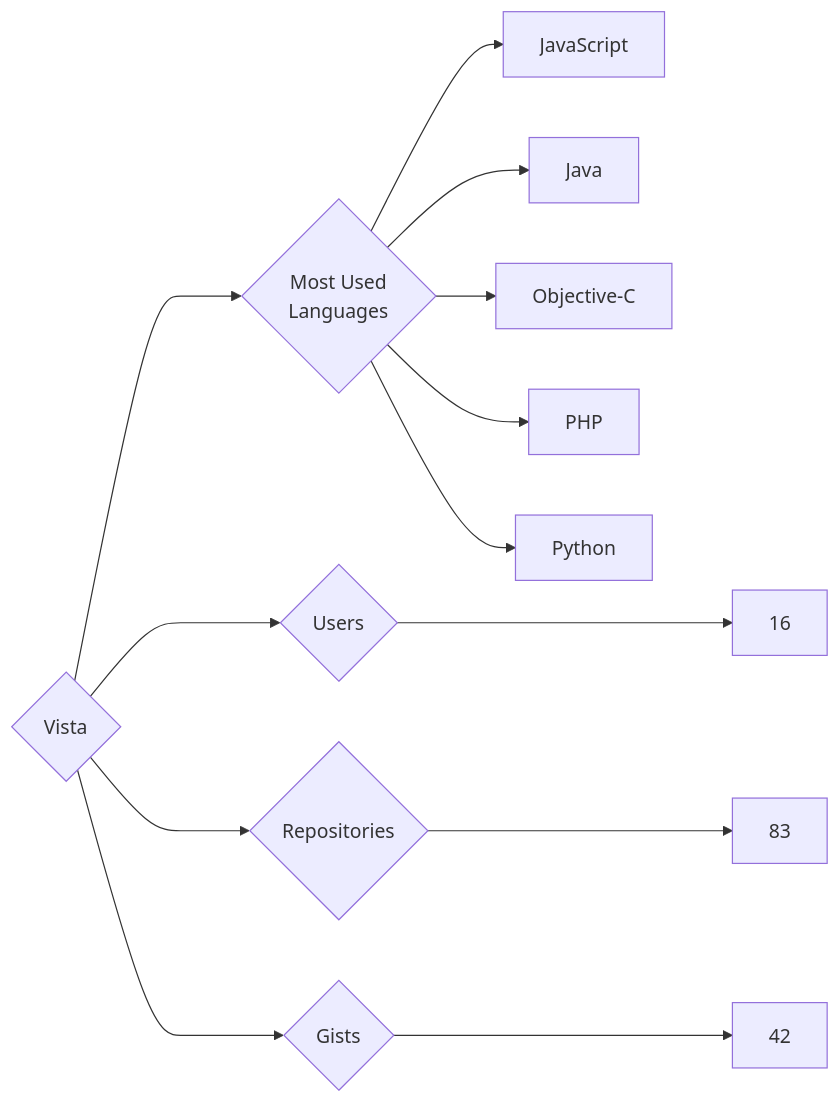
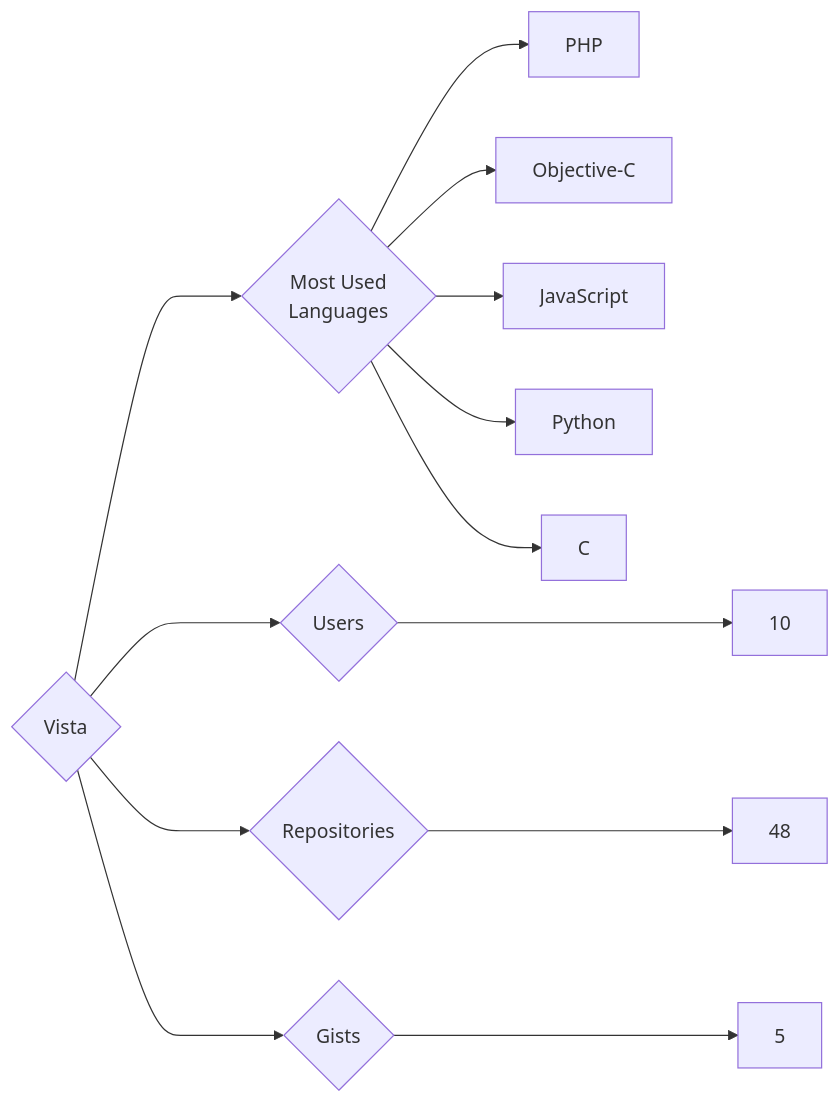
Before and after one commit to trickest/insiders: the diagram in targets/Vista/README.md, drawn with Mermaid. The commit also changed 995 other files, not shown here.

````diff
--- a/targets/Vista/README.md
+++ b/targets/Vista/README.md
@@ -3,13 +3,13 @@
 ```mermaid
 graph LR
 COMPANY_NAME{Vista}
-COMPANY_NAME ---> U{Users} ---> UN[16]
-COMPANY_NAME ---> R{Repositories} ---> RN[83]
-COMPANY_NAME ---> G{Gists} ---> GN[42]
+COMPANY_NAME ---> U{Users} ---> UN[10]
+COMPANY_NAME ---> R{Repositories} ---> RN[48]
+COMPANY_NAME ---> G{Gists} ---> GN[5]
 COMPANY_NAME ---> ML{Most Used<br>Languages}
+ML --> PHP[PHP]
+ML --> Objective-C[Objective-C]
 ML --> JavaScript[JavaScript]
-ML --> Java[Java]
-ML --> Objective-C[Objective-C]
-ML --> PHP[PHP]
 ML --> Python[Python]
+ML --> C[C]
 ```
````
